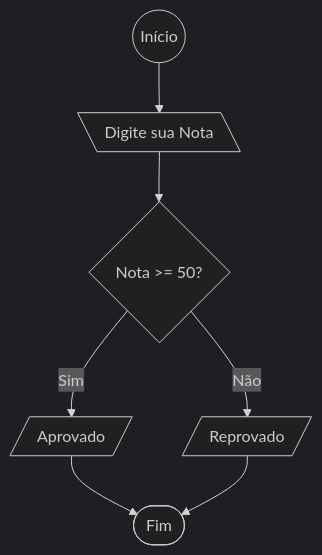
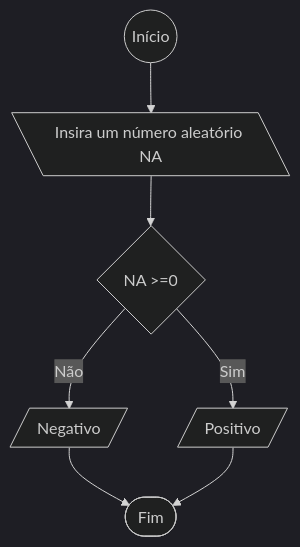
Before and after one commit to julianafernandaesnascimento/linguagemdeprogramacao: the third of 9 diagrams in Listas de Exercícios/LP_Lista_01/README.md, drawn with Mermaid (dark theme). The commit also changed other lines of this file, not shown here.

````diff
--- a/Listas de Exercícios/LP_Lista_01/README.md
+++ b/Listas de Exercícios/LP_Lista_01/README.md
@@ -21,10 +64,9 @@
-    ```mermaid
-   
-    flowchart TD
-        start(( Início )) --> input[\ Digite sua Nota \]
-        input --> verification{ Nota >= 50? }
-        verification --> |Sim| A[/ Aprovado /]
-        verification --> |Não| B[/ Reprovado /]
-        A --> finish([ Fim ])
-        B --> finish
-    ```
+   ```mermaid
+   flowchart TD
+      start((Início)) --> input1[\Insira um número aleatório NA\]
+      input1 --> decisao{NA >=0}
+      decisao --> |Não| resposta1[/ Negativo /]
+      decisao --> |Sim| resposta2[/ Positivo /]
+      resposta1 --> finish([ Fim ])
+      resposta2 --> finish
+   ```
````
